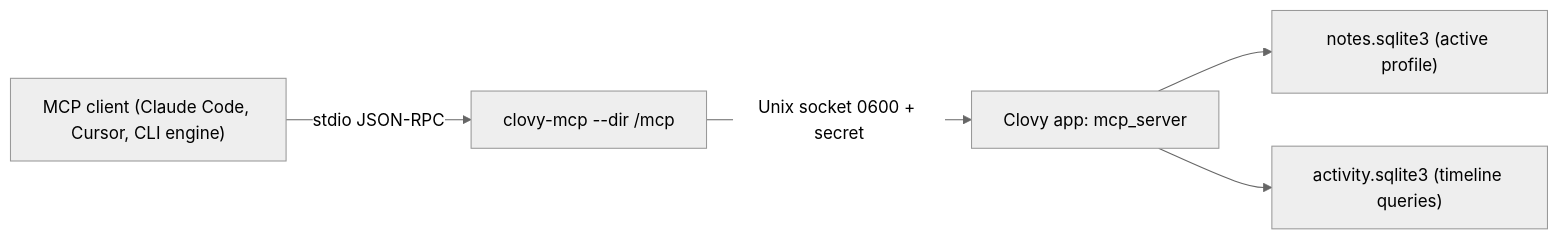
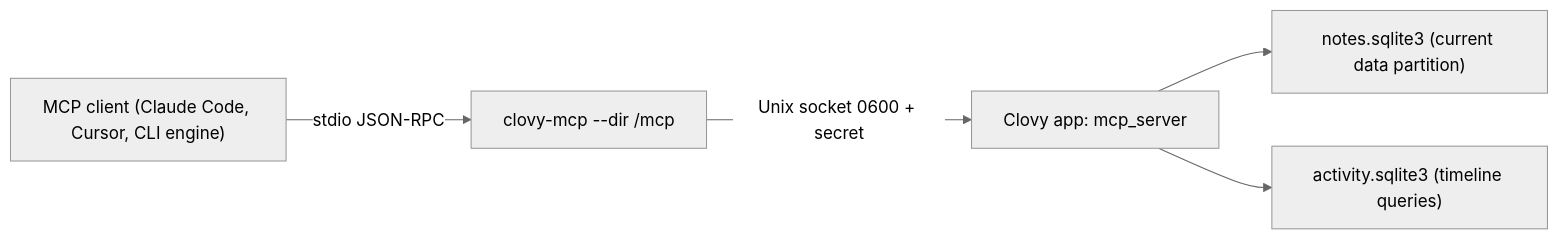
One commit to guilhermexp/os-clovy changed the diagram in docs/mcp-server.md. Above: the diagram before and after it, drawn with Mermaid (neutral theme). The commit also changed other lines of this file and 4 other files, not shown here.

````diff
--- a/docs/mcp-server.md
+++ b/docs/mcp-server.md
@@ -33,7 +40,7 @@
 ```mermaid
 flowchart LR
   client["MCP client (Claude Code, Cursor, CLI engine)"] -- "stdio JSON-RPC" --> relay["clovy-mcp --dir <data>/mcp"]
   relay -- "Unix socket 0600 + secret" --> app["Clovy app: mcp_server"]
-  app --> notes["notes.sqlite3 (active profile)"]
+  app --> notes["notes.sqlite3 (current data partition)"]
   app --> activity["activity.sqlite3 (timeline queries)"]
 ```
````
